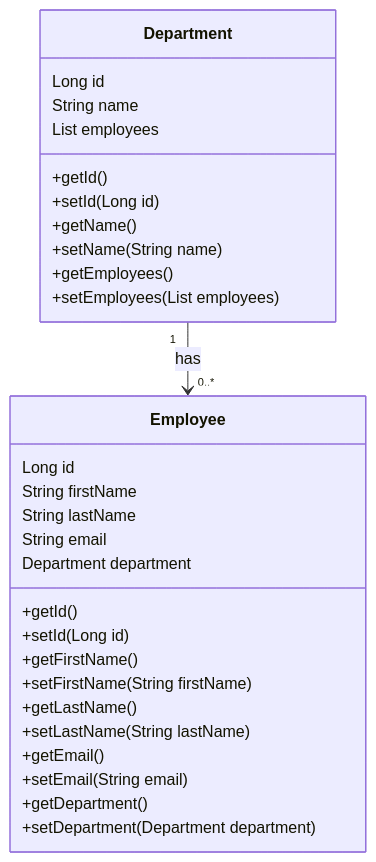
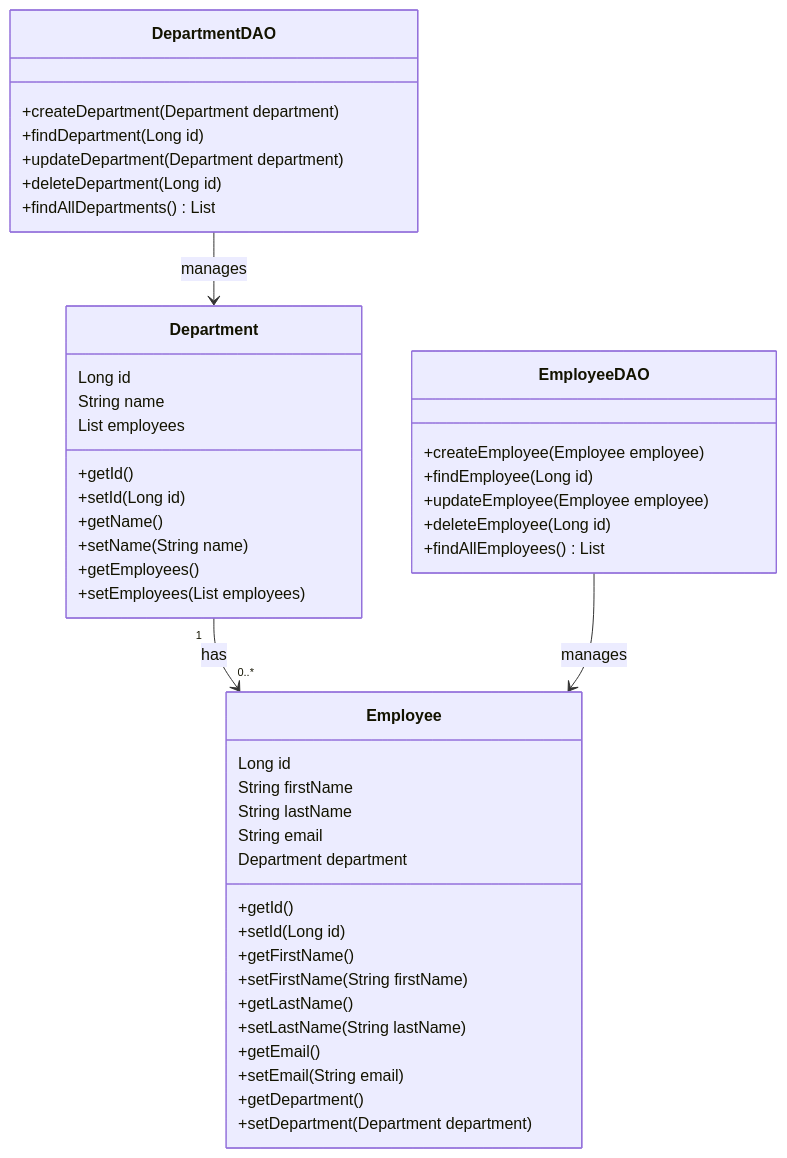
One commit to ADirin/DataBase_Solution changed the diagram in Week5_ORM/Lecture_Assignment/ORM_JPA_1:M.md. Above: the diagram before and after it, drawn with Mermaid.

````diff
--- a/Week5_ORM/Lecture_Assignment/ORM_JPA_1:M.md
+++ b/Week5_ORM/Lecture_Assignment/ORM_JPA_1:M.md
@@ -19,36 +19,54 @@
 ```mermaid
 
 classDiagram
     class Department {
         Long id
         String name
         List<Employee> employees
         +getId()
         +setId(Long id)
         +getName()
         +setName(String name)
         +getEmployees()
         +setEmployees(List<Employee> employees)
     }
 
     class Employee {
         Long id
         String firstName
         String lastName
         String email
         Department department
         +getId()
         +setId(Long id)
         +getFirstName()
         +setFirstName(String firstName)
         +getLastName()
         +setLastName(String lastName)
         +getEmail()
         +setEmail(String email)
         +getDepartment()
         +setDepartment(Department department)
     }
 
+    class DepartmentDAO {
+        +createDepartment(Department department)
+        +findDepartment(Long id)
+        +updateDepartment(Department department)
+        +deleteDepartment(Long id)
+        +findAllDepartments() List<Department>
+    }
+
+    class EmployeeDAO {
+        +createEmployee(Employee employee)
+        +findEmployee(Long id)
+        +updateEmployee(Employee employee)
+        +deleteEmployee(Long id)
+        +findAllEmployees() List<Employee>
+    }
+
     Department "1" --> "0..*" Employee : has
+    DepartmentDAO --> Department : manages
+    EmployeeDAO --> Employee : manages
 
 ```
````
